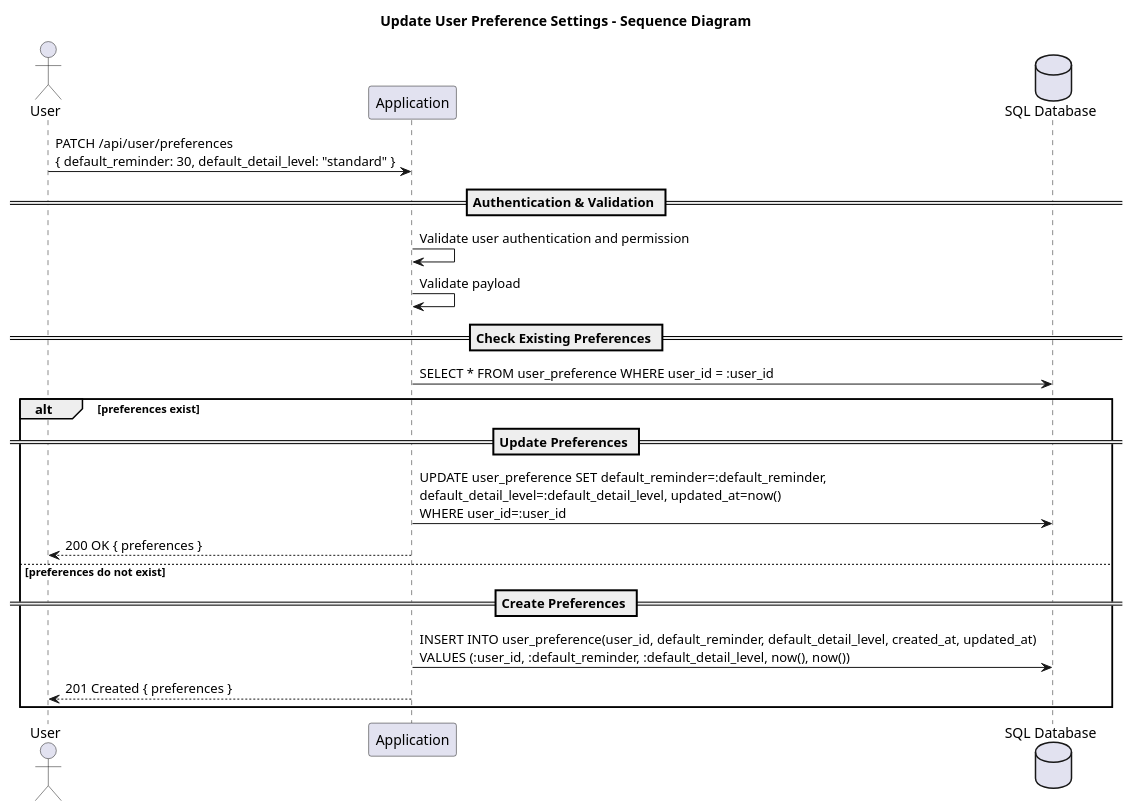
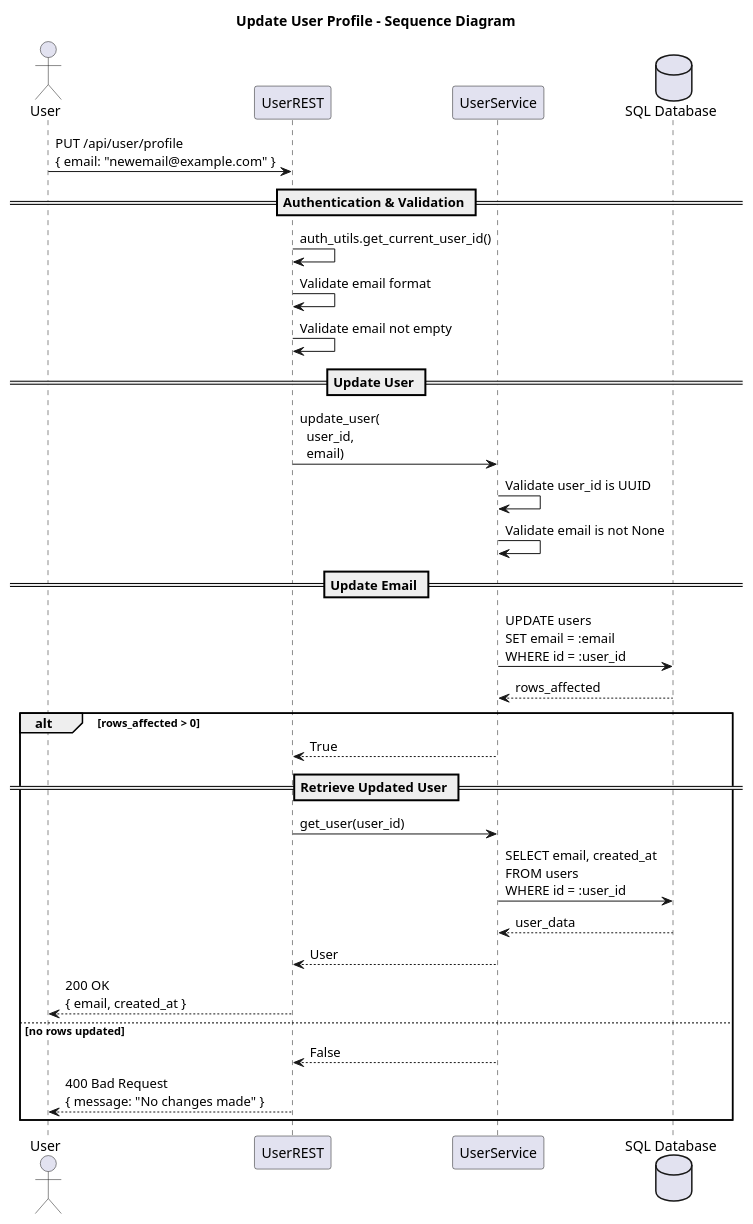
One commit to PhilippXXY/ticker-cal-tracker changed the diagram in docs/uml/sequence_diagram_update_user_preference_settings.puml. Above: the diagram before and after it, drawn with PlantUML. The commit also changed 16 other files, not shown here.

Commit message:
Update UML diagrams to reflect current codebase

```diff
--- a/docs/uml/sequence_diagram_update_user_preference_settings.puml
+++ b/docs/uml/sequence_diagram_update_user_preference_settings.puml
@@ -1,25 +1,42 @@
 @startuml sequence_diagram_update_user_preference_settings
-title Update User Preference Settings - Sequence Diagram
+title Update User Profile - Sequence Diagram
 
 actor User
-participant "Application" as APP
+participant "UserREST" as REST
+participant "UserService" as SVC
 database "SQL Database" as DB
 
-User -> APP: PATCH /api/user/preferences\n{ default_reminder: 30, default_detail_level: "standard" }
+
+User -> REST: PUT /api/user/profile\n{ email: "newemail@example.com" }
 
 == Authentication & Validation ==
-APP -> APP: Validate user authentication and permission
-APP -> APP: Validate payload
+REST -> REST: auth_utils.get_current_user_id()
+REST -> REST: Validate email format
+REST -> REST: Validate email not empty
 
-== Check Existing Preferences ==
-APP -> DB: SELECT * FROM user_preference WHERE user_id = :user_id
-alt preferences exist
-    == Update Preferences ==
-    APP -> DB: UPDATE user_preference SET default_reminder=:default_reminder,\ndefault_detail_level=:default_detail_level, updated_at=now()\nWHERE user_id=:user_id
-    APP --> User: 200 OK { preferences }
-else preferences do not exist
-    == Create Preferences ==
-    APP -> DB: INSERT INTO user_preference(user_id, default_reminder, default_detail_level, created_at, updated_at)\nVALUES (:user_id, :default_reminder, :default_detail_level, now(), now())
-    APP --> User: 201 Created { preferences }
+== Update User ==
+REST -> SVC: update_user(\n  user_id,\n  email)
+
+SVC -> SVC: Validate user_id is UUID
+SVC -> SVC: Validate email is not None
+
+== Update Email ==
+SVC -> DB: UPDATE users\nSET email = :email\nWHERE id = :user_id
+DB --> SVC: rows_affected
+
+alt rows_affected > 0
+  SVC --> REST: True
+  
+  == Retrieve Updated User ==
+  REST -> SVC: get_user(user_id)
+  SVC -> DB: SELECT email, created_at\nFROM users\nWHERE id = :user_id
+  DB --> SVC: user_data
+  SVC --> REST: User
+  
+  REST --> User: 200 OK\n{ email, created_at }
+else no rows updated
+  SVC --> REST: False
+  REST --> User: 400 Bad Request\n{ message: "No changes made" }
 end
+
 @enduml
```
